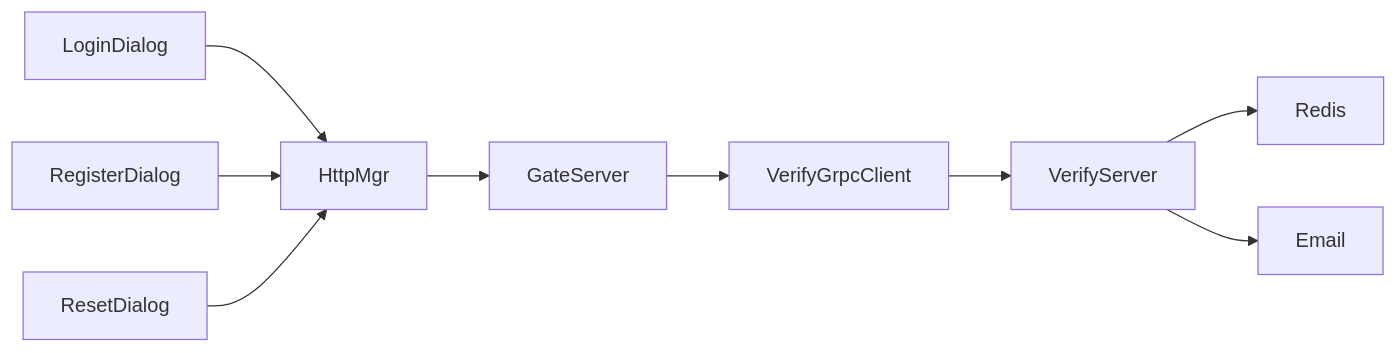
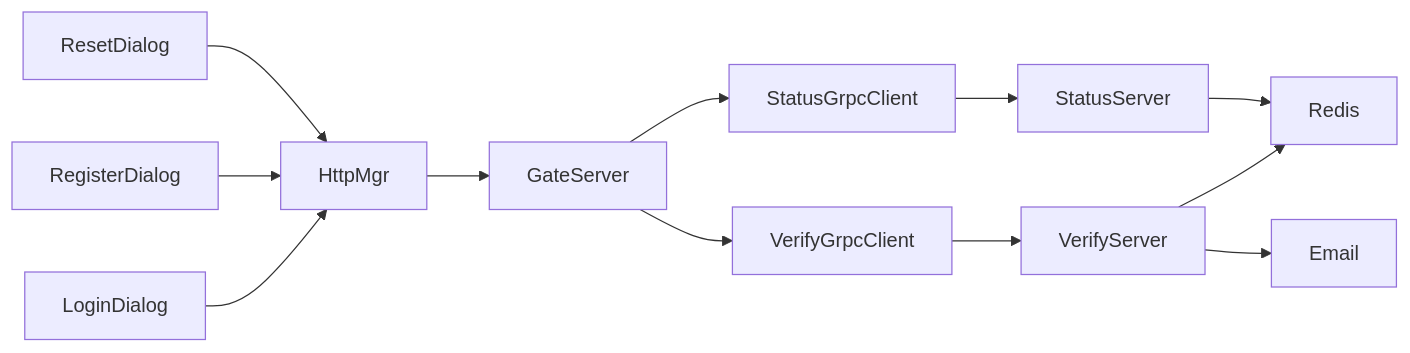
Before and after one commit to echo9923/mychatter: the seventh of 7 diagrams in .qoder/repowiki/zh/content/核心功能模块/用户认证系统/用户认证系统.md, drawn with Mermaid. The commit also changed other lines of this file and 107 other files, not shown here.

````diff
--- a/.qoder/repowiki/zh/content/核心功能模块/用户认证系统/用户认证系统.md
+++ b/.qoder/repowiki/zh/content/核心功能模块/用户认证系统/用户认证系统.md
@@ -302,11 +328,14 @@
 ```mermaid
 graph LR
 LD["LoginDialog"] --> HM["HttpMgr"]
 RD["RegisterDialog"] --> HM
 RSD["ResetDialog"] --> HM
 HM --> GS["GateServer"]
 GS --> VGC["VerifyGrpcClient"]
+GS --> SGC["StatusGrpcClient"]
 VGC --> VS["VerifyServer"]
+SGC --> SS["StatusServer"]
 VS --> R["Redis"]
 VS --> EM["Email"]
+SS --> R
 ```
````
